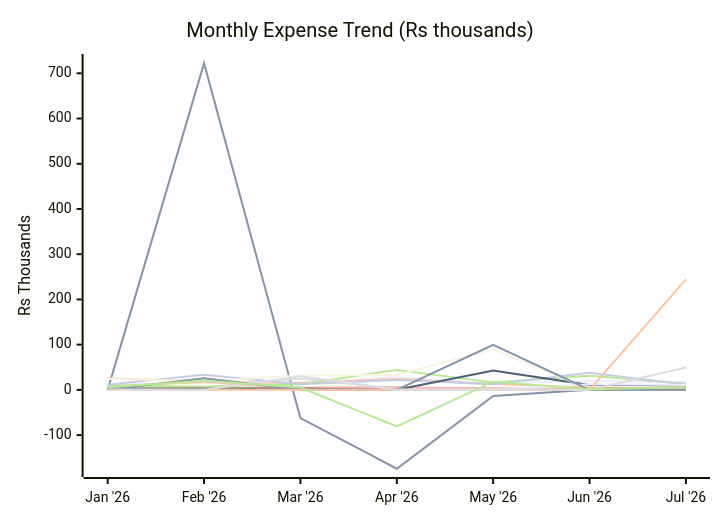
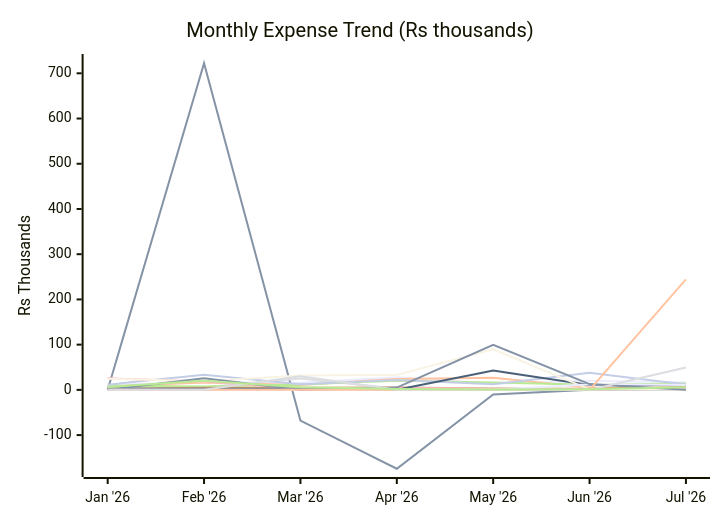
The first of 2 diagrams in reports/2026-07.md (sachin-hg/expense-reporter), drawn with Mermaid before and after one commit. The commit also changed other lines of this file and 18 other files, not shown here.

````diff
--- a/reports/2026-07.md
+++ b/reports/2026-07.md
@@ -28,21 +28,21 @@
 ```mermaid
 xychart-beta
     title "Monthly Expense Trend (Rs thousands)"
     x-axis ["Jan '26", "Feb '26", "Mar '26", "Apr '26", "May '26", "Jun '26", "Jul '26"]
     y-axis "Rs Thousands" -175 --> 725
-    line "Travel" [12.1, 16.5, 16.1, 27.9, 13.7, 20.0, 16.6]
-    line "Trip" [0.0, 722.3, -62.4, -174.4, -13.5, 0.0, 0.0]
-    line "Shopping" [7.8, 17.5, 15.1, 24.2, 12.7, 5.3, 2.7]
+    line "Travel" [12.2, 16.5, 15.9, 27.9, 13.7, 20.0, 16.6]
+    line "Trip" [0.0, 722.3, -67.9, -174.4, -10.2, 0.0, 0.0]
+    line "Shopping" [7.8, 16.4, 10.6, 24.2, 26.8, 5.3, 2.7]
     line "Baby" [7.7, 5.6, 25.3, 2.4, 1.0, 0.8, 4.4]
-    line "Outside Food" [9.5, 7.6, 12.6, 44.1, 16.4, 31.2, 13.7]
-    line "Grocery" [2.9, 3.5, 4.7, 5.3, 3.2, 2.5, 6.4]
-    line "Utilities & Bills" [11.5, 33.2, 12.6, 21.7, 12.3, 37.7, 12.0]
-    line "Health, Fitness & Self Care" [25.5, 18.6, 2.5, 4.4, 2.3, 0.6, 2.5]
+    line "Outside Food" [9.5, 7.6, 12.1, 20.2, 16.4, 11.2, 14.0]
+    line "Grocery" [2.5, 4.5, 4.7, 5.3, 3.2, 2.5, 6.4]
+    line "Utilities & Bills" [11.5, 33.2, 12.6, 21.7, 12.3, 37.7, 11.7]
+    line "Health, Fitness & Self Care" [25.5, 18.3, 2.5, 4.4, 2.3, 0.6, 1.9]
     line "Upskill / AI" [2.6, 2.5, 2.6, 0.4, 42.6, 11.0, 10.6]
     line "Rohan" [24.8, 19.3, 32.0, 33.1, 89.6, 1.1, 0.0]
     line "Papa" [0.0, 0.0, 0.0, 0.0, 0.0, 12.5, 10.6]
-    line "One-Time Expense" [0.0, 25.8, 0.0, 0.0, 99.7, 0.0, 0.0]
+    line "One-Time Expense" [0.0, 25.8, 0.0, 5.0, 99.7, 12.7, 0.0]
     line "Investments" [0.0, 0.0, 0.0, 0.0, 0.0, 0.0, 244.2]
     line "Tax" [0.0, 0.0, 30.3, 0.0, 0.0, 0.0, 49.6]
-    line "Others" [6.0, 20.1, 5.2, -80.9, 18.1, 1.6, 5.8]
+    line "Others" [6.3, 20.3, 5.9, 1.8, 0.7, 1.6, 5.8]
 ```
````
